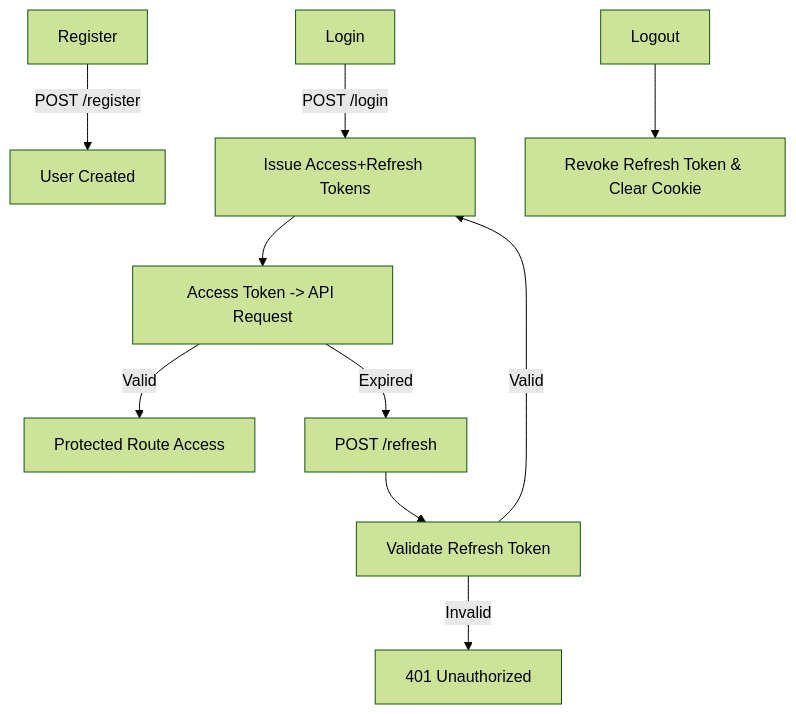
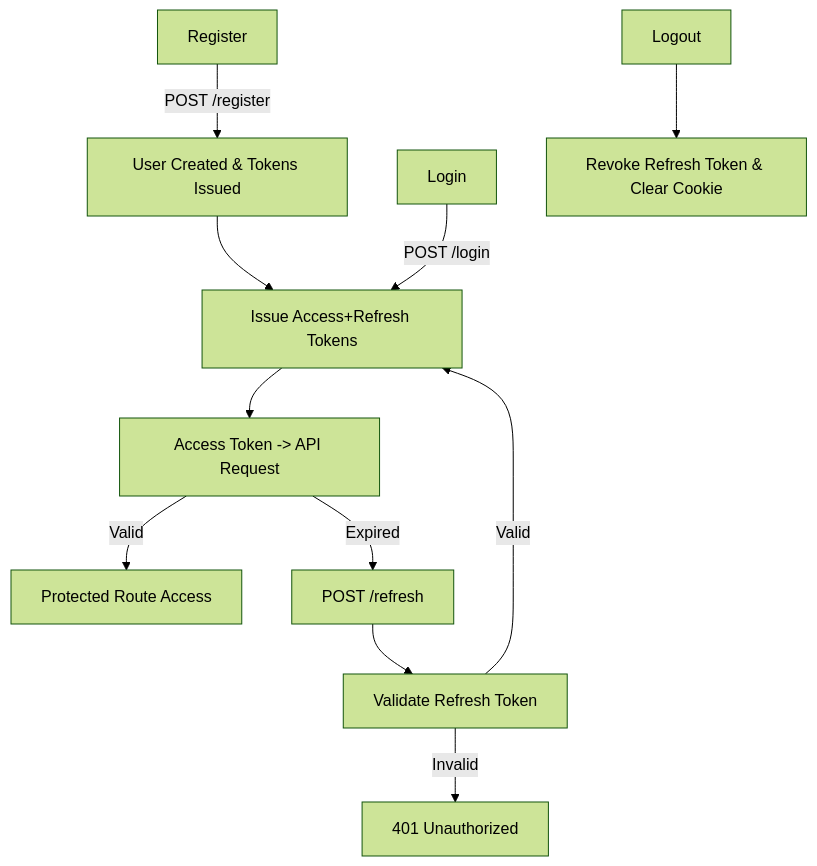
One commit to tripathirajan/eluxo-backend changed the diagram in docs/auth.md. Above: the diagram before and after it, drawn with Mermaid (forest theme). The commit also changed other lines of this file and 13 other files, not shown here.

````diff
--- a/docs/auth.md
+++ b/docs/auth.md
@@ -39,12 +39,13 @@
 ```mermaid
 flowchart TD
-    A[Register] -->|POST /register| B[User Created]
-    C[Login] -->|POST /login| D[Issue Access+Refresh Tokens]
+    A[Register] -->|POST /register| B[User Created & Tokens Issued]
+    B --> D[Issue Access+Refresh Tokens]
+    C[Login] -->|POST /login| D
     D --> E[Access Token -> API Request]
     E -->|Valid| F[Protected Route Access]
     E -->|Expired| G[POST /refresh]
     G --> H[Validate Refresh Token]
     H -->|Valid| D
     H -->|Invalid| I[401 Unauthorized]
     J[Logout] --> K[Revoke Refresh Token & Clear Cookie]
 ```
````
